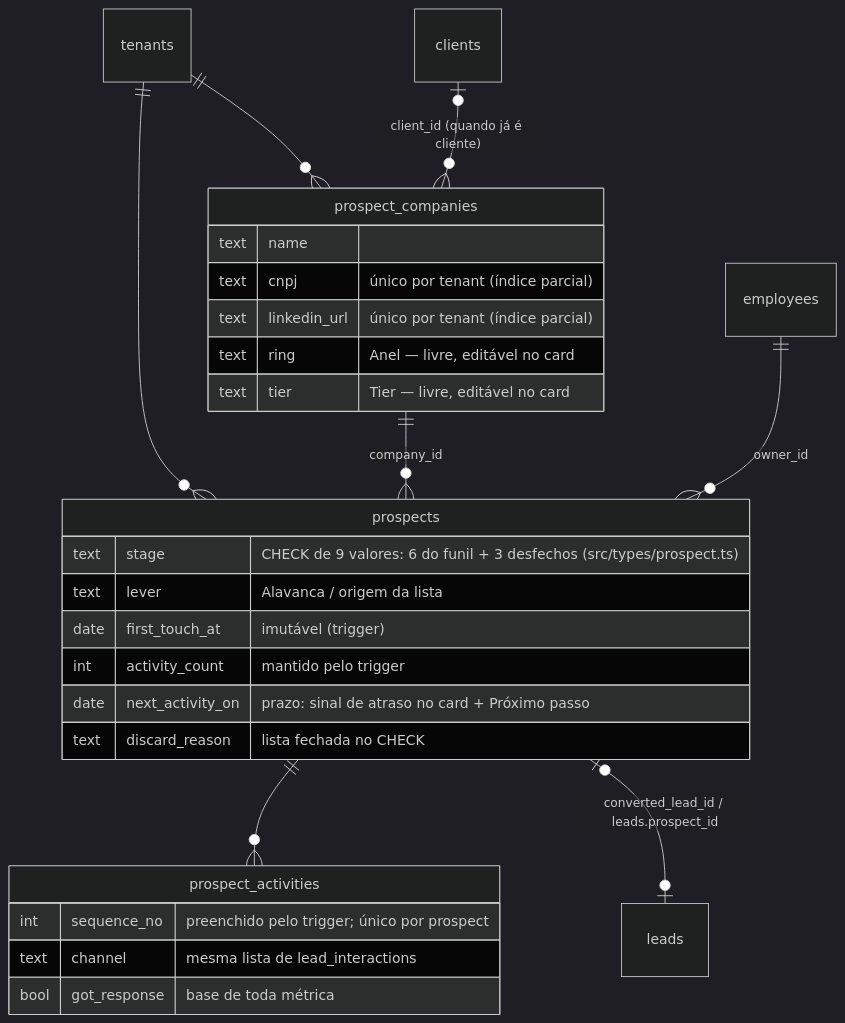
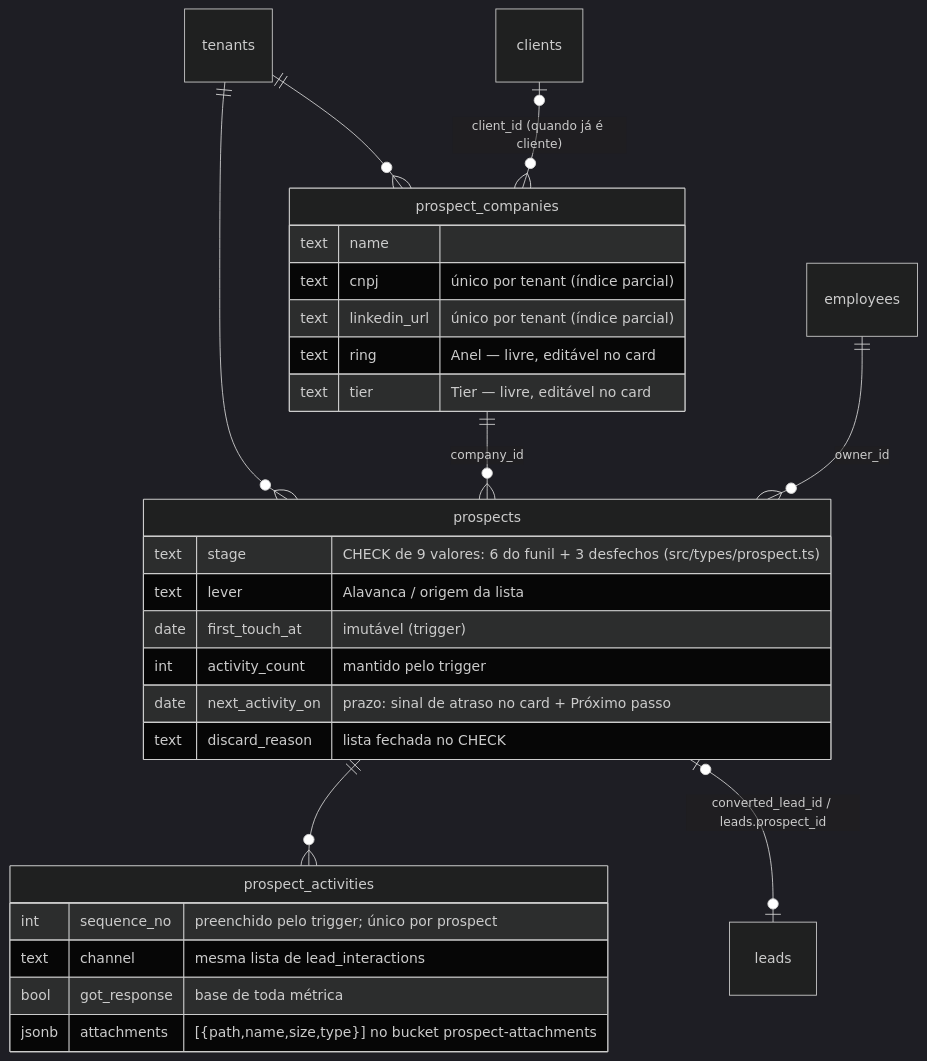
One commit to Origami-Lab-Organization/og-pulse changed the second of 6 diagrams in .harness/docs/architecture/erd.md. Above: the diagram before and after it, drawn with Mermaid (dark theme). The commit also changed other lines of this file and 23 other files, not shown here.

````diff
--- a/.harness/docs/architecture/erd.md
+++ b/.harness/docs/architecture/erd.md
@@ -101,31 +101,32 @@
 ```mermaid
 erDiagram
     tenants ||--o{ prospect_companies : ""
     tenants ||--o{ prospects : ""
     clients |o--o{ prospect_companies : "client_id (quando já é cliente)"
     prospect_companies ||--o{ prospects : "company_id"
     prospects ||--o{ prospect_activities : ""
     employees ||--o{ prospects : "owner_id"
     prospects |o--o| leads : "converted_lead_id / leads.prospect_id"
 
     prospect_companies {
         text name ""
         text cnpj "único por tenant (índice parcial)"
         text linkedin_url "único por tenant (índice parcial)"
         text ring "Anel — livre, editável no card"
         text tier "Tier — livre, editável no card"
     }
     prospects {
         text stage "CHECK de 9 valores: 6 do funil + 3 desfechos (src/types/prospect.ts)"
         text lever "Alavanca / origem da lista"
         date first_touch_at "imutável (trigger)"
         int activity_count "mantido pelo trigger"
         date next_activity_on "prazo: sinal de atraso no card + Próximo passo"
         text discard_reason "lista fechada no CHECK"
     }
     prospect_activities {
         int sequence_no "preenchido pelo trigger; único por prospect"
         text channel "mesma lista de lead_interactions"
         bool got_response "base de toda métrica"
+        jsonb attachments "[{path,name,size,type}] no bucket prospect-attachments"
     }
 ```
````
